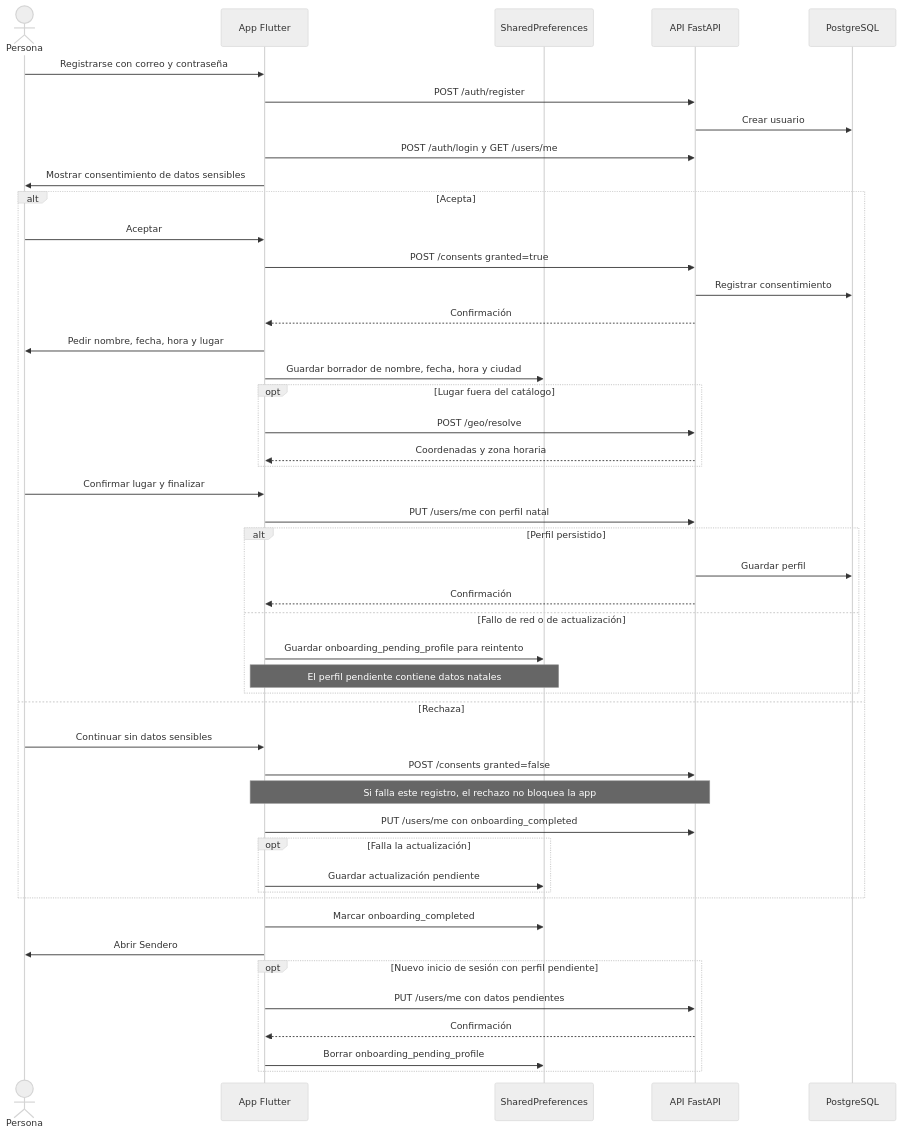
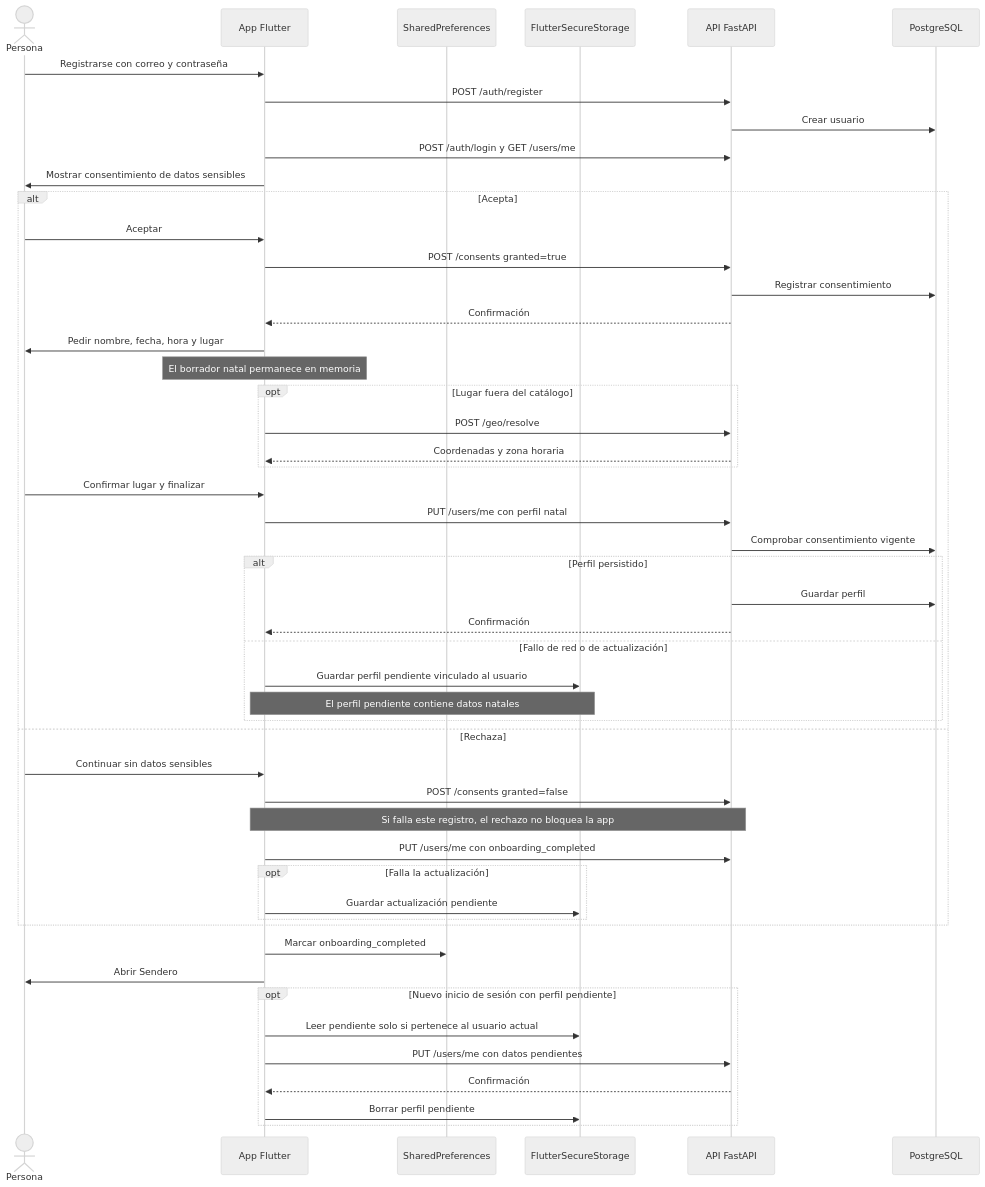
One commit to Samael2626/Arcanum changed the second of 3 diagrams in docs/arquitectura.md. Above: the diagram before and after it, drawn with Mermaid (neutral theme). The commit also changed other lines of this file and 25 other files, not shown here.

Commit message:
Proteger privacidad del onboarding natal

````diff
--- a/docs/arquitectura.md
+++ b/docs/arquitectura.md
@@ -38,49 +38,52 @@
 ```mermaid
 sequenceDiagram
   actor Persona
   participant App as App Flutter
   participant Local as SharedPreferences
+  participant Secure as FlutterSecureStorage
   participant API as API FastAPI
   participant DB as PostgreSQL
   Persona->>App: Registrarse con correo y contraseña
   App->>API: POST /auth/register
   API->>DB: Crear usuario
   App->>API: POST /auth/login y GET /users/me
   App->>Persona: Mostrar consentimiento de datos sensibles
   alt Acepta
     Persona->>App: Aceptar
     App->>API: POST /consents granted=true
     API->>DB: Registrar consentimiento
     API-->>App: Confirmación
     App->>Persona: Pedir nombre, fecha, hora y lugar
-    App->>Local: Guardar borrador de nombre, fecha, hora y ciudad
+    Note over App: El borrador natal permanece en memoria
     opt Lugar fuera del catálogo
       App->>API: POST /geo/resolve
       API-->>App: Coordenadas y zona horaria
     end
     Persona->>App: Confirmar lugar y finalizar
     App->>API: PUT /users/me con perfil natal
+    API->>DB: Comprobar consentimiento vigente
     alt Perfil persistido
       API->>DB: Guardar perfil
       API-->>App: Confirmación
     else Fallo de red o de actualización
-      App->>Local: Guardar onboarding_pending_profile para reintento
-      Note over App,Local: El perfil pendiente contiene datos natales
+      App->>Secure: Guardar perfil pendiente vinculado al usuario
+      Note over App,Secure: El perfil pendiente contiene datos natales
     end
   else Rechaza
     Persona->>App: Continuar sin datos sensibles
     App->>API: POST /consents granted=false
     Note over App,API: Si falla este registro, el rechazo no bloquea la app
     App->>API: PUT /users/me con onboarding_completed
     opt Falla la actualización
-      App->>Local: Guardar actualización pendiente
+      App->>Secure: Guardar actualización pendiente
     end
   end
   App->>Local: Marcar onboarding_completed
   App->>Persona: Abrir Sendero
   opt Nuevo inicio de sesión con perfil pendiente
+    App->>Secure: Leer pendiente solo si pertenece al usuario actual
     App->>API: PUT /users/me con datos pendientes
     API-->>App: Confirmación
-    App->>Local: Borrar onboarding_pending_profile
+    App->>Secure: Borrar perfil pendiente
   end
 ```
````
